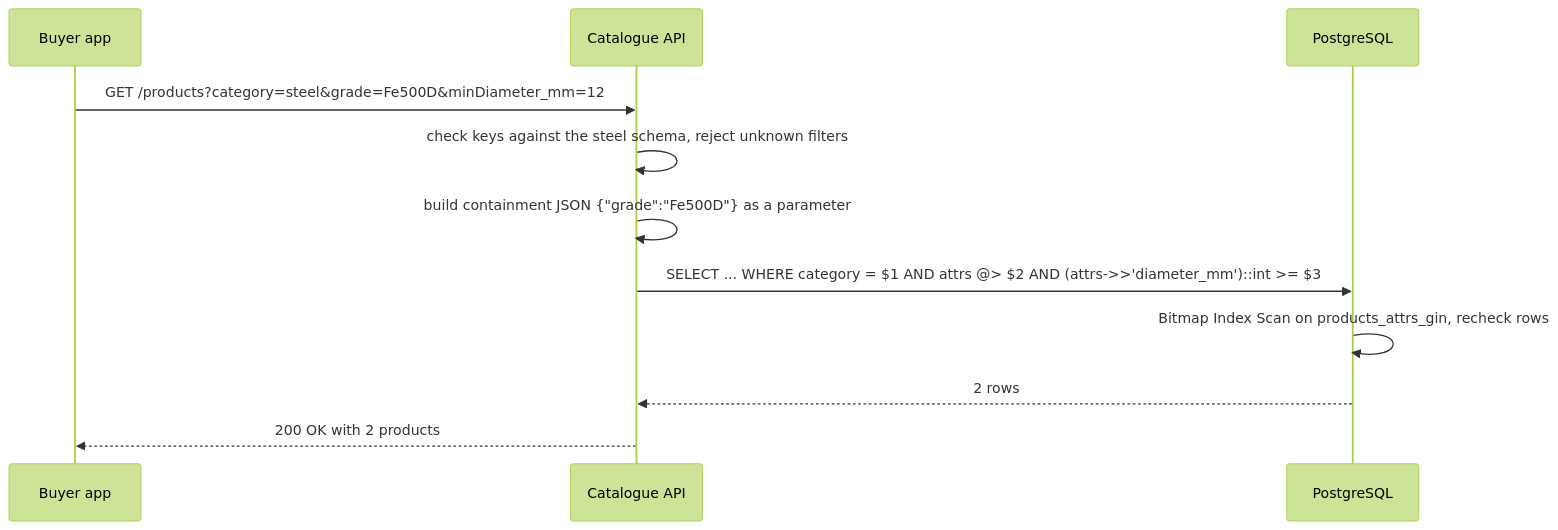
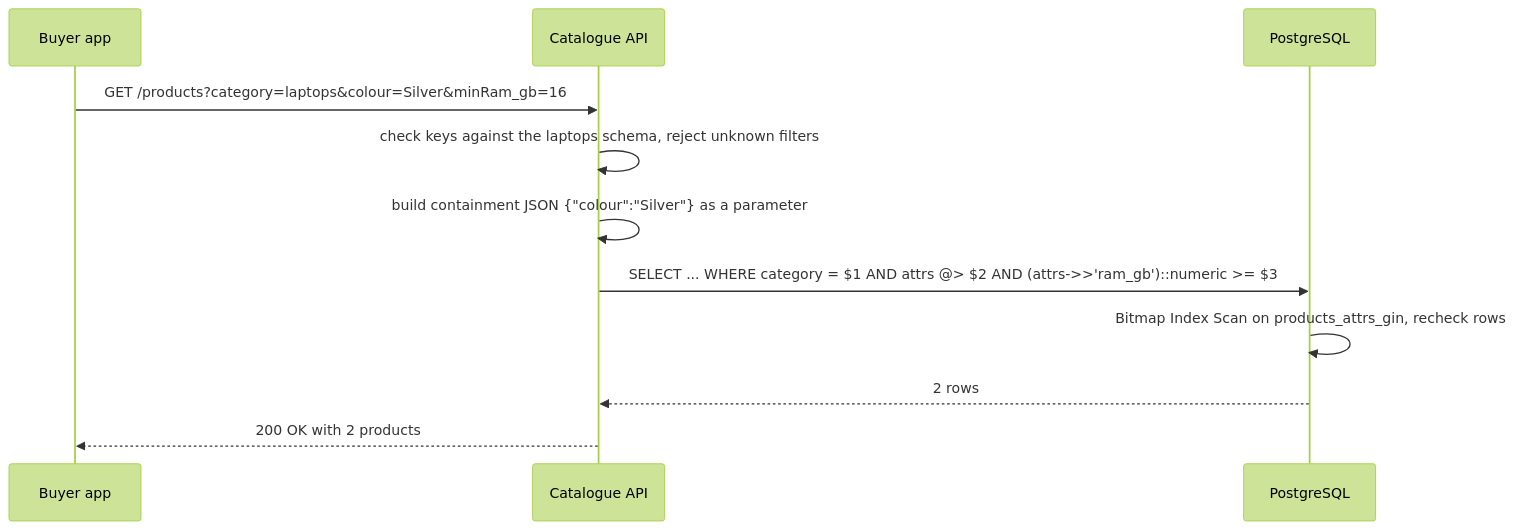
The second of 2 diagrams in content/lessons/m09/m09-jsonb.md (rizwi0786/system-design-lab), drawn with Mermaid (forest theme) before and after one commit. The commit also changed other lines of this file and 334 other files, not shown here.

````diff
--- a/content/lessons/m09/m09-jsonb.md
+++ b/content/lessons/m09/m09-jsonb.md
@@ -196,13 +196,13 @@
 ```mermaid
 sequenceDiagram
     participant B as Buyer app
     participant API as Catalogue API
     participant PG as PostgreSQL
-    B->>API: GET /products?category=steel&grade=Fe500D&minDiameter_mm=12
-    API->>API: check keys against the steel schema, reject unknown filters
-    API->>API: build containment JSON {"grade":"Fe500D"} as a parameter
-    API->>PG: SELECT ... WHERE category = $1 AND attrs @> $2 AND (attrs->>'diameter_mm')::int >= $3
+    B->>API: GET /products?category=laptops&colour=Silver&minRam_gb=16
+    API->>API: check keys against the laptops schema, reject unknown filters
+    API->>API: build containment JSON {"colour":"Silver"} as a parameter
+    API->>PG: SELECT ... WHERE category = $1 AND attrs @> $2 AND (attrs->>'ram_gb')::numeric >= $3
     PG->>PG: Bitmap Index Scan on products_attrs_gin, recheck rows
     PG-->>API: 2 rows
     API-->>B: 200 OK with 2 products
 ```
````
